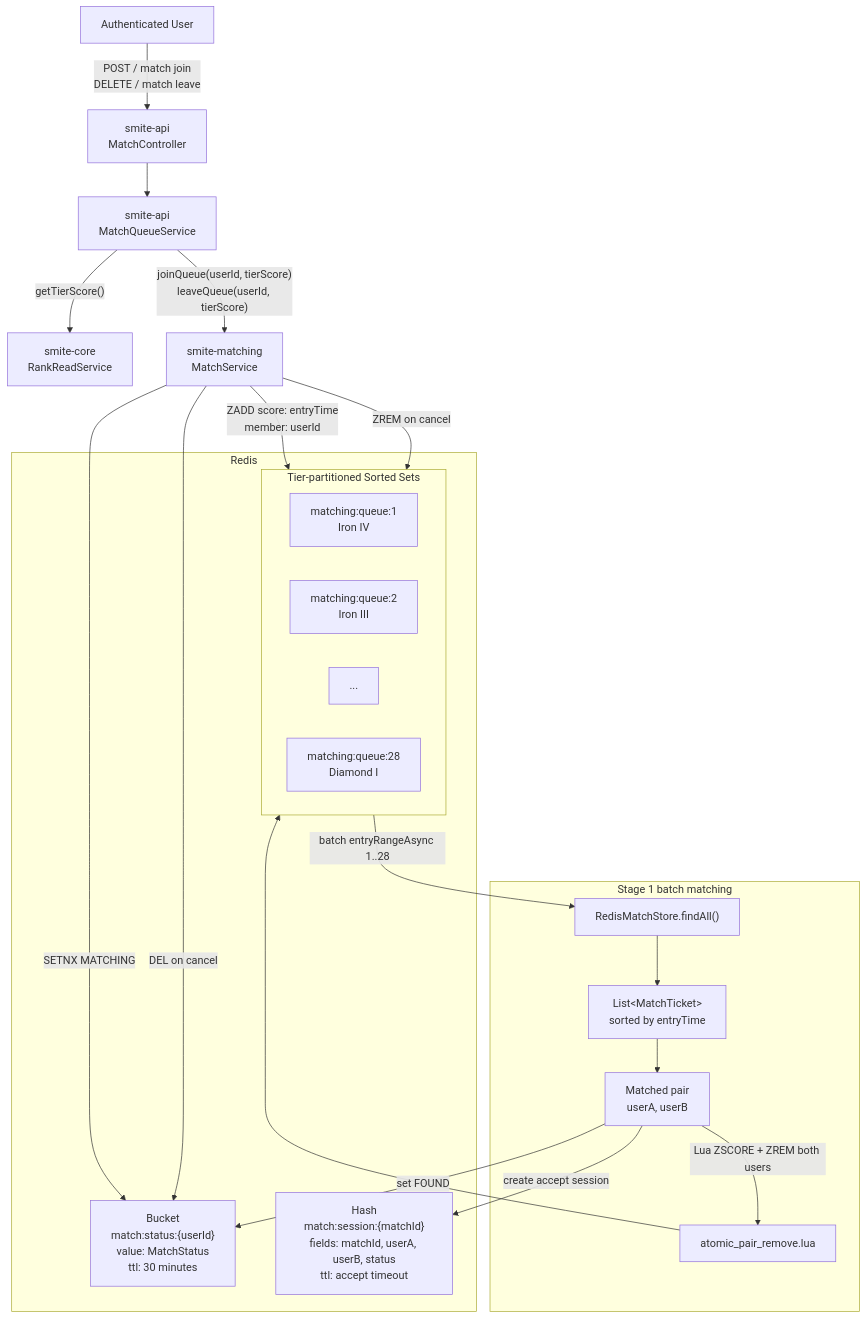
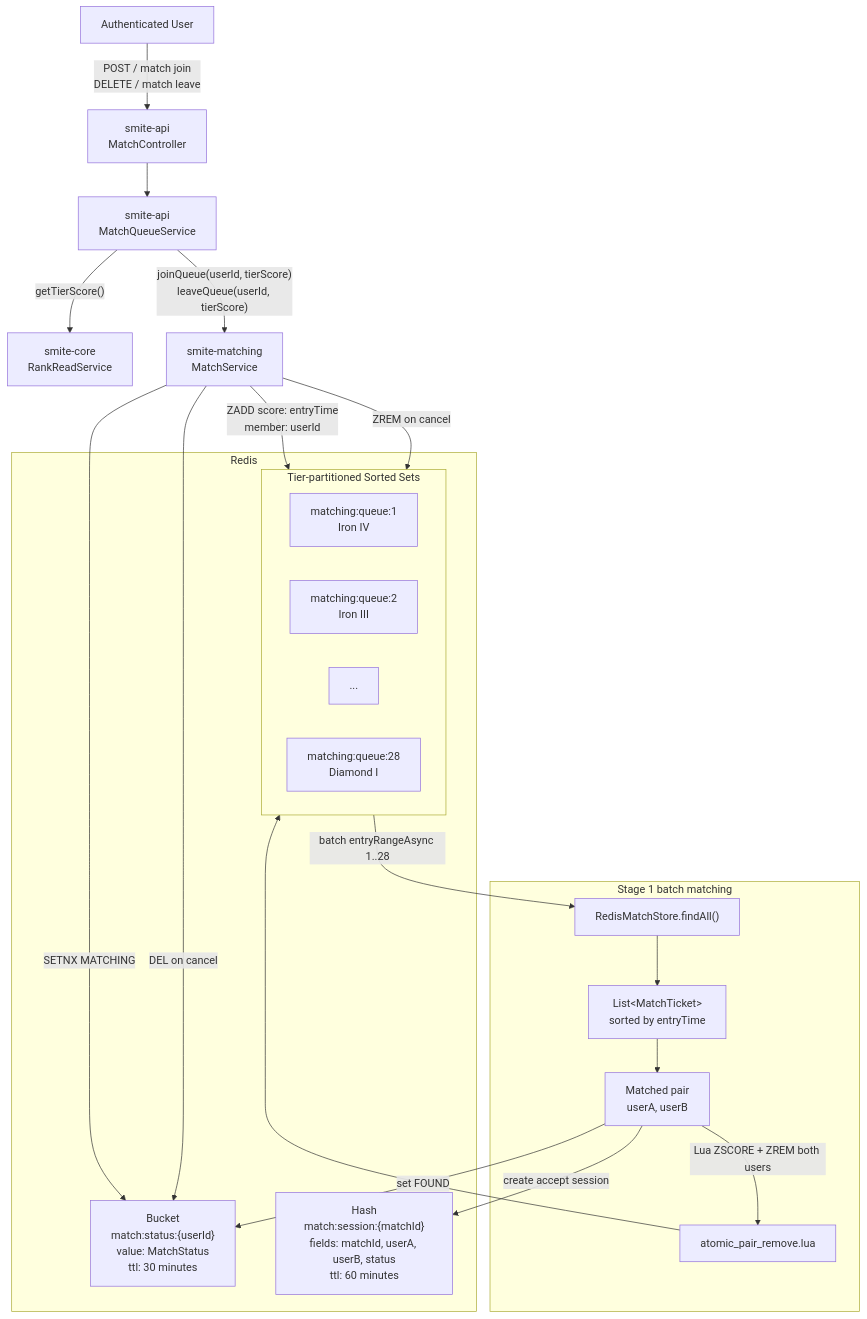
Before and after one commit to moonwhistle/League-of-Star: the first of 2 diagrams in docs/project/matching-v1.md, drawn with Mermaid. The commit also changed other lines of this file and 161 other files, not shown here.

````diff
--- a/docs/project/matching-v1.md
+++ b/docs/project/matching-v1.md
@@ -11,45 +11,45 @@
 ```mermaid
 flowchart TD
     User["Authenticated User"]
     Controller["smite-api<br/>MatchController"]
     QueueService["smite-api<br/>MatchQueueService"]
     RankReadService["smite-core<br/>RankReadService"]
     MatchService["smite-matching<br/>MatchService"]
 
     User -->|"POST / match join<br/>DELETE / match leave"| Controller
     Controller --> QueueService
     QueueService -->|"getTierScore()"| RankReadService
     QueueService -->|"joinQueue(userId, tierScore)<br/>leaveQueue(userId, tierScore)"| MatchService
 
     subgraph Redis["Redis"]
         Status["Bucket<br/>match:status:{userId}<br/>value: MatchStatus<br/>ttl: 30 minutes"]
-        Session["Hash<br/>match:session:{matchId}<br/>fields: matchId, userA, userB, status<br/>ttl: accept timeout"]
+        Session["Hash<br/>match:session:{matchId}<br/>fields: matchId, userA, userB, status<br/>ttl: 60 minutes"]
 
         subgraph Queues["Tier-partitioned Sorted Sets"]
             Q1["matching:queue:1<br/>Iron IV"]
             Q2["matching:queue:2<br/>Iron III"]
             QN["..."]
             Q28["matching:queue:28<br/>Diamond I"]
         end
     end
 
     MatchService -->|"SETNX MATCHING"| Status
     MatchService -->|"ZADD score: entryTime<br/>member: userId"| Queues
     MatchService -->|"ZREM on cancel"| Queues
     MatchService -->|"DEL on cancel"| Status
 
     subgraph Stage1["Stage 1 batch matching"]
         FindAll["RedisMatchStore.findAll()"]
         TicketList["List&lt;MatchTicket&gt;<br/>sorted by entryTime"]
         Pair["Matched pair<br/>userA, userB"]
         Lua["atomic_pair_remove.lua"]
     end
 
     Queues -->|"batch entryRangeAsync 1..28"| FindAll
     FindAll --> TicketList
     TicketList --> Pair
     Pair -->|"Lua ZSCORE + ZREM both users"| Lua
     Lua --> Queues
     Pair -->|"create accept session"| Session
     Pair -->|"set FOUND"| Status
 ```
````
